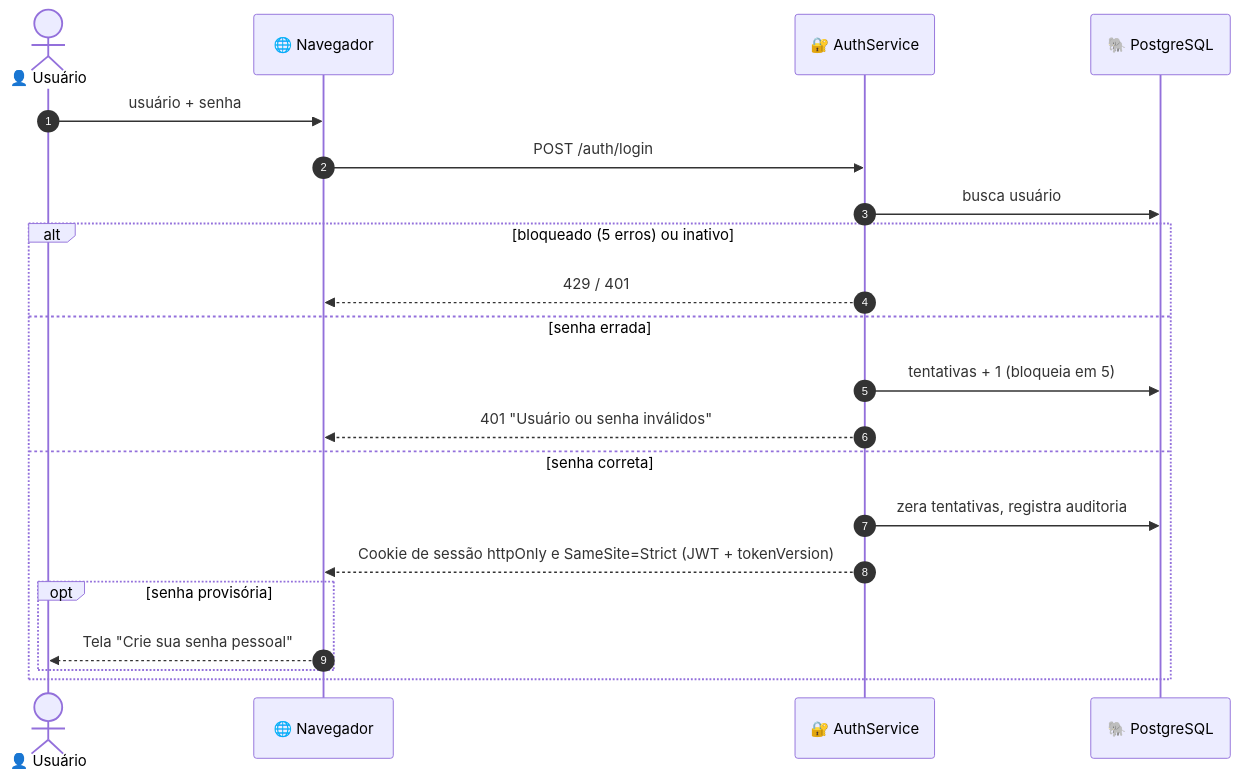
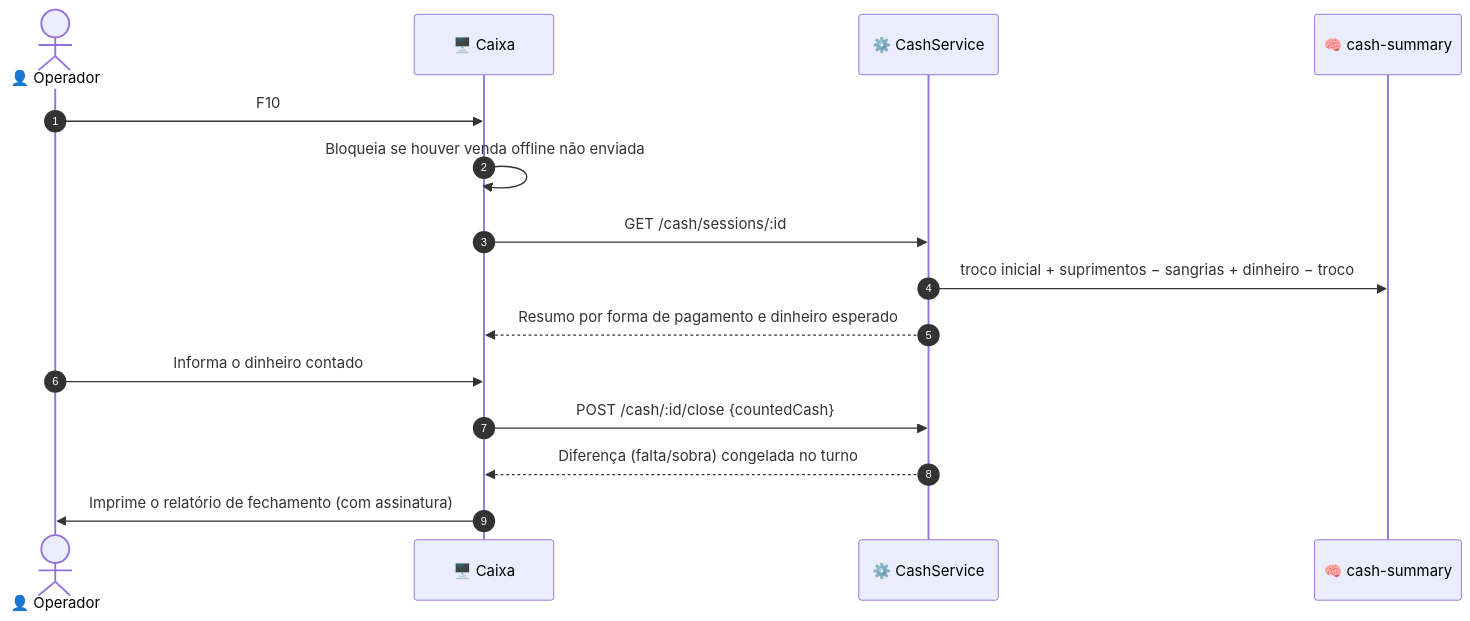
One commit to tassiocarvalho/vl-estoque changed the eighth of 11 diagrams in README.md. Above: the diagram before and after it, drawn with Mermaid. The commit also changed other lines of this file and 109 other files, not shown here.

First line of the commit message:
PDV não fiscal white-label (SuaLojaAqui) sobre o sistema de estoque

````diff
--- a/README.md
+++ b/README.md
@@ -533,24 +533,18 @@
 ```mermaid
 sequenceDiagram
     autonumber
-    actor U as 👤 Usuário
-    participant W as 🌐 Navegador
-    participant A as 🔐 AuthService
-    participant DB as 🐘 PostgreSQL
+    actor O as 👤 Operador
+    participant C as 🖥️ Caixa
+    participant API as ⚙️ CashService
+    participant D as 🧠 cash-summary
 
-    U->>W: usuário + senha
-    W->>A: POST /auth/login
-    A->>DB: busca usuário
-    alt bloqueado (5 erros) ou inativo
-        A-->>W: 429 / 401
-    else senha errada
-        A->>DB: tentativas + 1 (bloqueia em 5)
-        A-->>W: 401 "Usuário ou senha inválidos"
-    else senha correta
-        A->>DB: zera tentativas, registra auditoria
-        A-->>W: Cookie de sessão httpOnly e SameSite=Strict (JWT + tokenVersion)
-        opt senha provisória
-            W-->>U: Tela "Crie sua senha pessoal"
-        end
-    end
+    O->>C: F10
+    C->>C: Bloqueia se houver venda offline não enviada
+    C->>API: GET /cash/sessions/:id
+    API->>D: troco inicial + suprimentos − sangrias + dinheiro − troco
+    API-->>C: Resumo por forma de pagamento e dinheiro esperado
+    O->>C: Informa o dinheiro contado
+    C->>API: POST /cash/:id/close {countedCash}
+    API-->>C: Diferença (falta/sobra) congelada no turno
+    C->>O: Imprime o relatório de fechamento (com assinatura)
 ```
````
